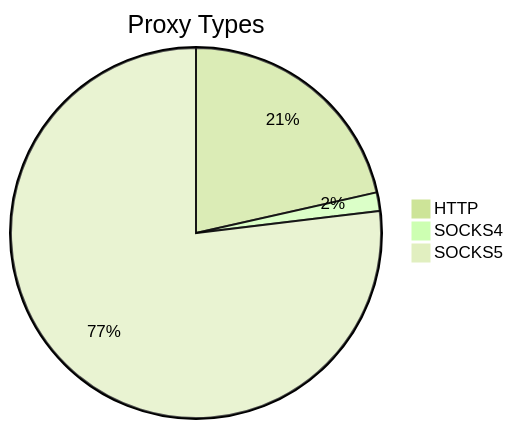
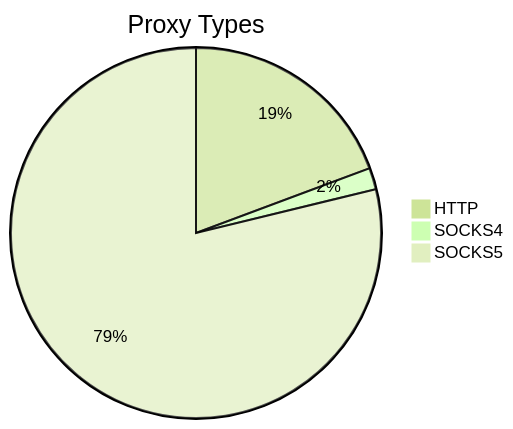
The first of 2 diagrams in README.md (stormsia/proxy-list), drawn with Mermaid (forest theme) before and after one commit. The commit also changed other lines of this file, not shown here.

````diff
--- a/README.md
+++ b/README.md
@@ -21,6 +21,6 @@
 ```mermaid
 pie title Proxy Types
-    "HTTP" : 372
-    "SOCKS4" : 28
-    "SOCKS5" : 1332
+    "HTTP" : 278
+    "SOCKS4" : 27
+    "SOCKS5" : 1134
 ```
````
